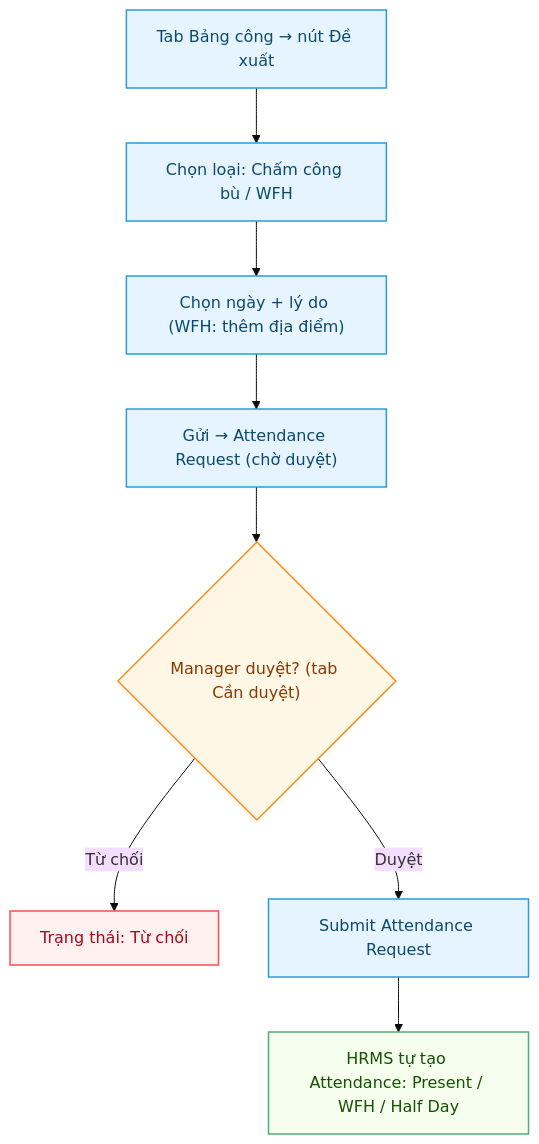
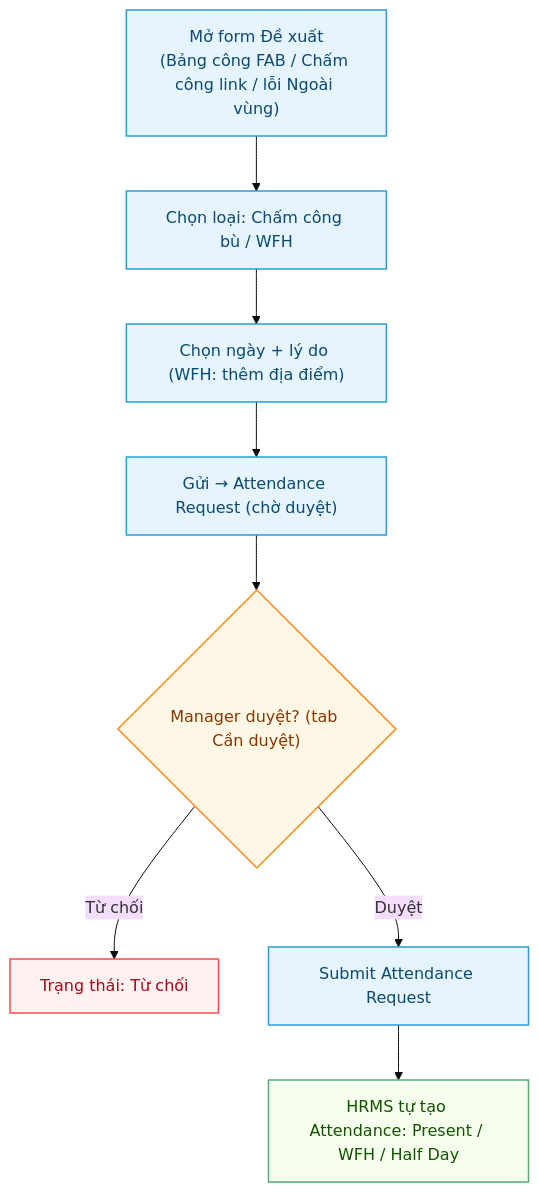
One commit to CobeGroup/cobe_erp_documents changed the diagram in users/HR-Attendance-Request.md. Above: the diagram before and after it, drawn with Mermaid. The commit also changed other lines of this file and 5 other files, not shown here.

First line of the commit message:
docs(attendance): nút "Đề xuất" giờ có ở tab Chấm công + luồng lỗi ngoài vùng

````diff
--- a/users/HR-Attendance-Request.md
+++ b/users/HR-Attendance-Request.md
@@ -22,21 +22,21 @@
 ```mermaid
 %%{init: {'theme':'base','themeVariables':{'fontSize':'16px'},'flowchart':{'nodeSpacing':50,'rankSpacing':55}}}%%
 flowchart TD
   classDef process fill:#e6f4ff,stroke:#299dd8,stroke-width:1.5px,color:#0b4a6f;
   classDef decision fill:#fff7e6,stroke:#fa8c16,stroke-width:1.5px,color:#873800;
   classDef good fill:#f6ffed,stroke:#54ab78,stroke-width:1.5px,color:#135200;
   classDef bad fill:#fff1f0,stroke:#ff4d4f,stroke-width:1.5px,color:#a8071a;
 
-  A["Tab Bảng công → nút Đề xuất"] --> B["Chọn loại: Chấm công bù / WFH"]
+  A["Mở form Đề xuất<br/>(Bảng công FAB / Chấm công link / lỗi Ngoài vùng)"] --> B["Chọn loại: Chấm công bù / WFH"]
   B --> C["Chọn ngày + lý do (WFH: thêm địa điểm)"]
   C --> D["Gửi → Attendance Request (chờ duyệt)"]
   D --> E{"Manager duyệt? (tab Cần duyệt)"}
   E -- "Từ chối" --> X["Trạng thái: Từ chối"]
   E -- "Duyệt" --> F["Submit Attendance Request"]
   F --> G["HRMS tự tạo Attendance: Present / WFH / Half Day"]
 
   class A,B,C,D,F process
   class E decision
   class G good
   class X bad
 ```
````
